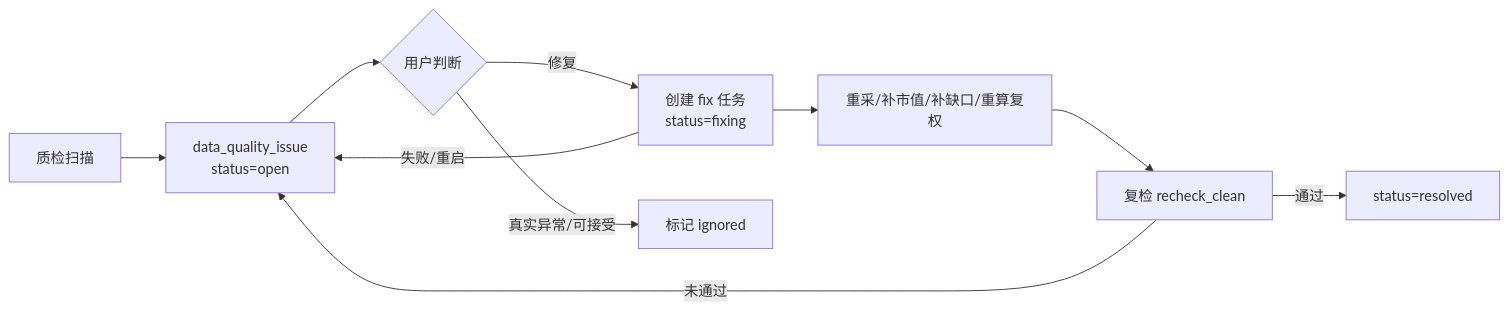
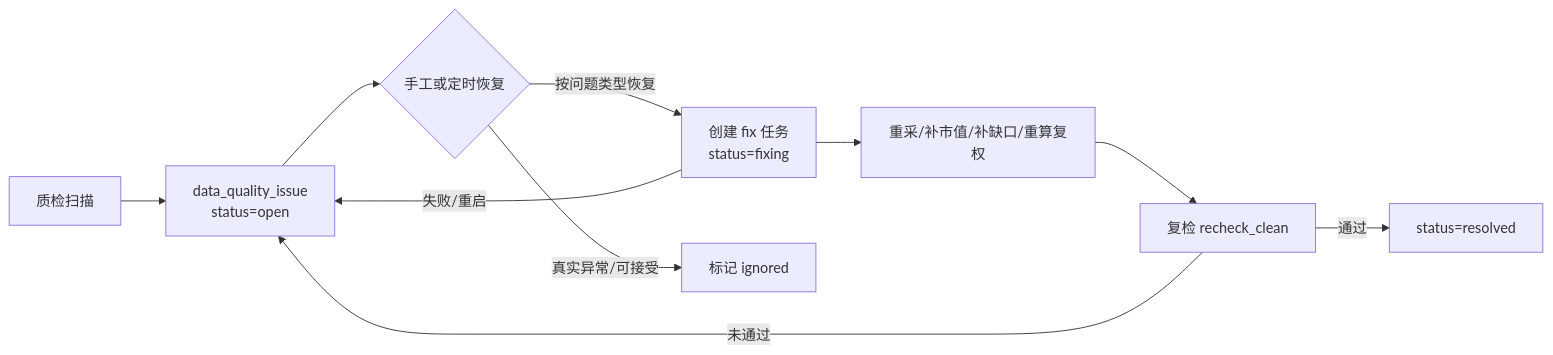
One commit to fulin-peng-ydxs/ai-stocks changed the diagram in agent-works/architecture/data-management.md. Above: the diagram before and after it, drawn with Mermaid. The commit also changed other lines of this file and 17 other files, not shown here.

````diff
--- a/agent-works/architecture/data-management.md
+++ b/agent-works/architecture/data-management.md
@@ -179,12 +179,12 @@
 ```mermaid
 flowchart LR
   A["质检扫描"] --> B["data_quality_issue\nstatus=open"]
-  B --> C{"用户判断"}
-  C -->|修复| D["创建 fix 任务\nstatus=fixing"]
+  B --> C{"手工或定时恢复"}
+  C -->|按问题类型恢复| D["创建 fix 任务\nstatus=fixing"]
   C -->|真实异常/可接受| E["标记 ignored"]
   D --> F["重采/补市值/补缺口/重算复权"]
   F --> G["复检 recheck_clean"]
   G -->|通过| H["status=resolved"]
   G -->|未通过| B
   D -->|失败/重启| B
 ```
````
